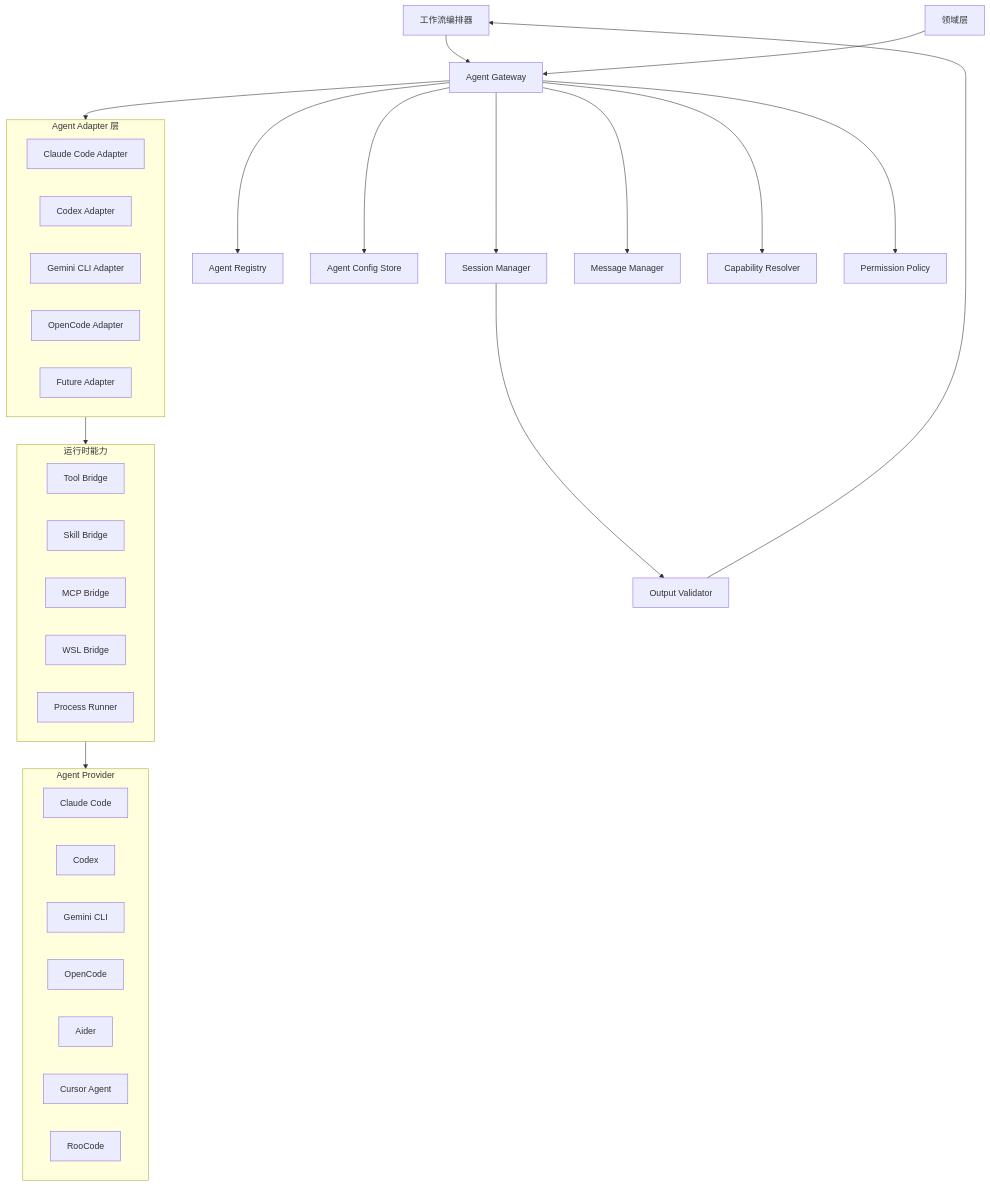
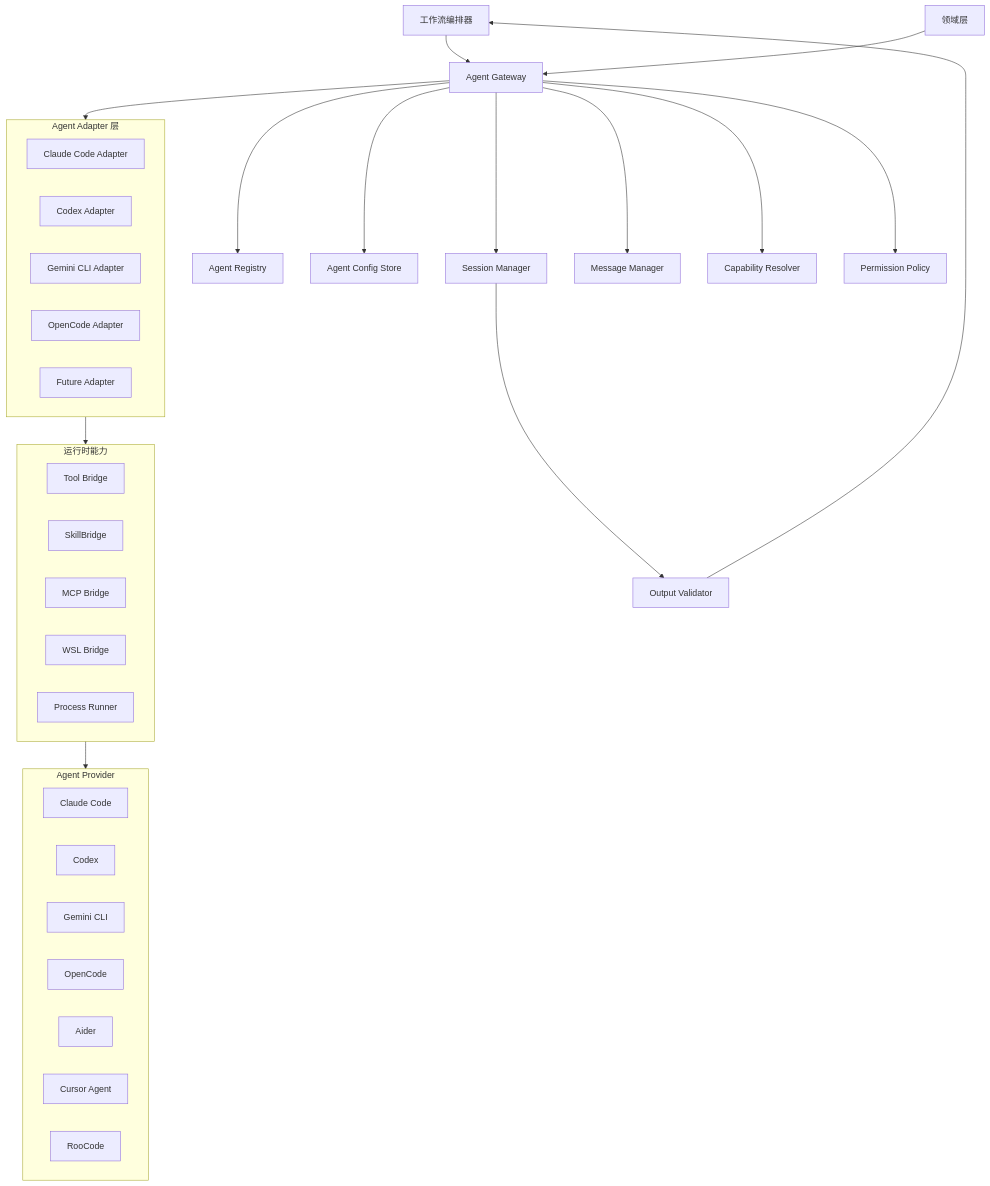
The first of 10 diagrams in docs/04-agent/agent-architecture.md (StanlySGY/Content-Factory), drawn with Mermaid before and after one commit. The commit also changed other lines of this file and 5 other files, not shown here.

First line of the commit message:
docs(fix): close architecture observability/realtime/naming gaps (batch 12)

````diff
--- a/docs/04-agent/agent-architecture.md
+++ b/docs/04-agent/agent-architecture.md
@@ -27,53 +27,53 @@
 ```mermaid
 flowchart TB
     Workflow[工作流编排器]
     Domain[领域层]
     Gateway[Agent Gateway]
     Registry[Agent Registry]
     Config[Agent Config Store]
     SessionManager[Session Manager]
     MessageBus[Message Manager]
     Capability[Capability Resolver]
     Policy[Permission Policy]
     Validator[Output Validator]
 
     subgraph Adapters[Agent Adapter 层]
         ClaudeAdapter[Claude Code Adapter]
         CodexAdapter[Codex Adapter]
         GeminiAdapter[Gemini CLI Adapter]
         OpenCodeAdapter[OpenCode Adapter]
         FutureAdapter[Future Adapter]
     end
 
     subgraph Runtime[运行时能力]
         ToolBridge[Tool Bridge]
-        SkillBridge[Skill Bridge]
+        SkillBridge[SkillBridge]
         MCPBridge[MCP Bridge]
         WSLBridge[WSL Bridge]
         ProcessRunner[Process Runner]
     end
 
     subgraph Providers[Agent Provider]
         Claude[Claude Code]
         Codex[Codex]
         Gemini[Gemini CLI]
         OpenCode[OpenCode]
         Aider[Aider]
         Cursor[Cursor Agent]
         RooCode[RooCode]
     end
 
     Workflow --> Gateway
     Domain --> Gateway
     Gateway --> Registry
     Gateway --> Config
     Gateway --> SessionManager
     Gateway --> MessageBus
     Gateway --> Capability
     Gateway --> Policy
     Gateway --> Adapters
     Adapters --> Runtime
     Runtime --> Providers
     SessionManager --> Validator
     Validator --> Workflow
 ```
````
